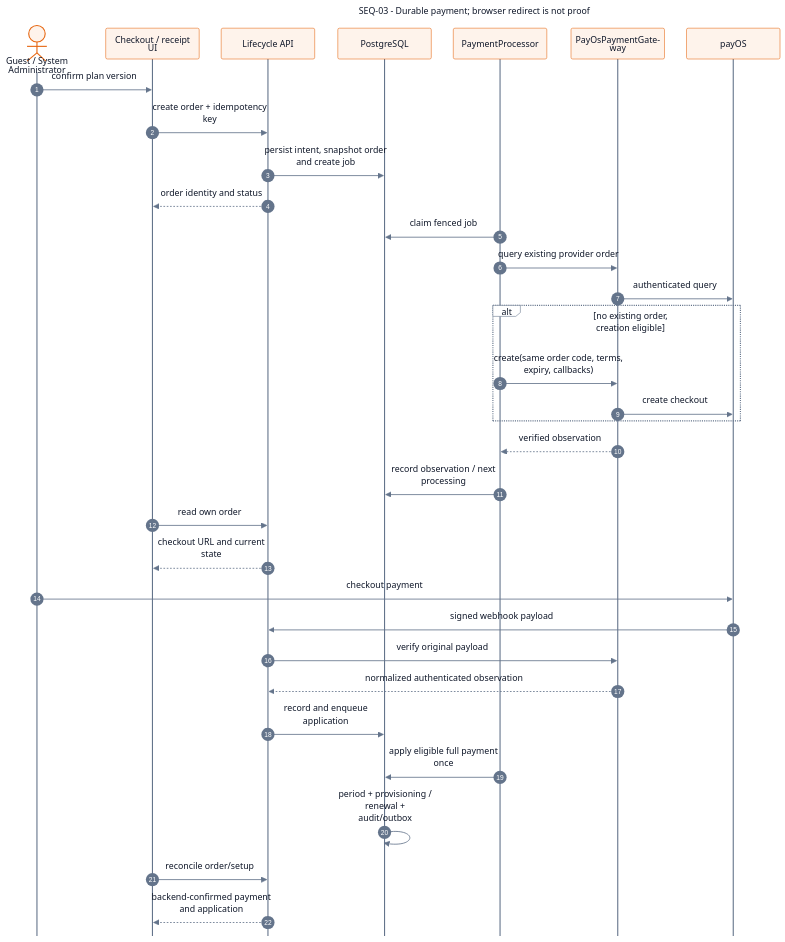
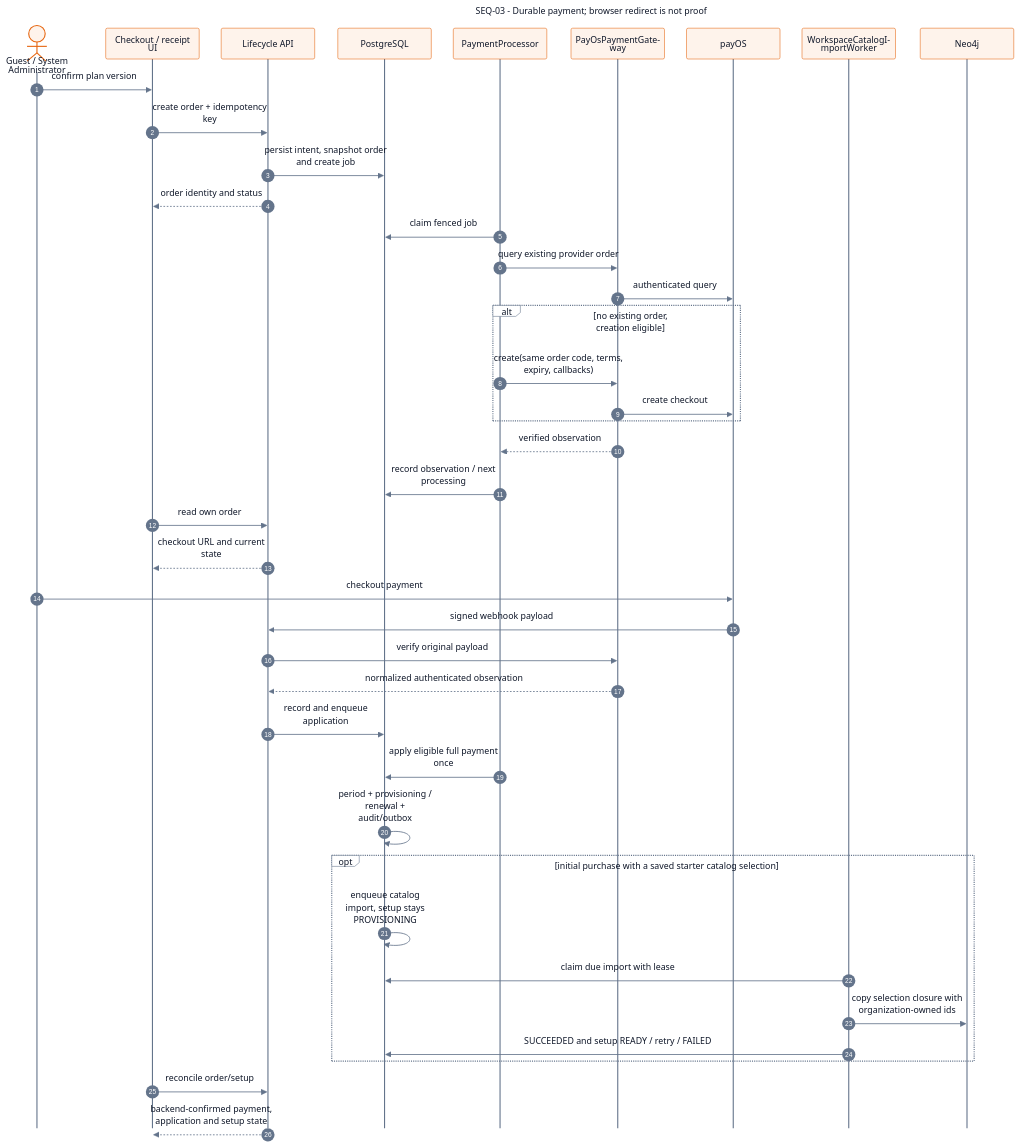
The diagram in documents/diagrams/mermaid/seq-03.mmd (SEP490-Fall-2026-GFA26SE64/SEP490), drawn with Mermaid before and after one commit. The commit also changed 63 other files, not shown here.

Commit message:
docs: update Review 2 reports and architecture diagrams

```diff
--- a/documents/diagrams/mermaid/seq-03.mmd
+++ b/documents/diagrams/mermaid/seq-03.mmd
@@ -1,37 +1,45 @@
 ---
 title: "SEQ-03 - Durable payment; browser redirect is not proof"
 config: {"theme":"base","fontFamily":"Segoe UI, Arial, sans-serif","themeVariables":{"fontFamily":"Segoe UI, Arial, sans-serif","fontSize":"16px","primaryColor":"#ffffff","primaryTextColor":"#0f1729","primaryBorderColor":"#64748b","secondaryColor":"#fef3eb","tertiaryColor":"#ffffff","lineColor":"#64748b","textColor":"#0f1729","mainBkg":"#ffffff","background":"#ffffff","clusterBkg":"#ffffff","clusterBorder":"#64748b","edgeLabelBackground":"#ffffff","titleColor":"#0f1729","noteBkgColor":"#fef3eb","noteTextColor":"#0f1729","noteBorderColor":"#e6650f","actorBkg":"#fef3eb","actorBorder":"#e6650f","actorTextColor":"#0f1729","actorLineColor":"#64748b","signalColor":"#64748b","signalTextColor":"#0f1729","labelBoxBkgColor":"#ffffff","labelBoxBorderColor":"#64748b","labelTextColor":"#0f1729","loopTextColor":"#0f1729","activationBkgColor":"#fef3eb","activationBorderColor":"#e6650f","sequenceNumberColor":"#ffffff","secondaryBorderColor":"#64748b","tertiaryBorderColor":"#64748b","secondaryTextColor":"#0f1729","tertiaryTextColor":"#0f1729"},"sequence":{"actorMargin":40,"width":170,"height":56,"diagramMarginX":24,"diagramMarginY":24,"boxMargin":12,"boxTextMargin":8,"noteMargin":16,"messageMargin":38,"mirrorActors":false,"wrap":true,"wrapPadding":12,"actorFontSize":15,"messageFontSize":14,"noteFontSize":14,"actorFontFamily":"Segoe UI, Arial, sans-serif","messageFontFamily":"Segoe UI, Arial, sans-serif","noteFontFamily":"Segoe UI, Arial, sans-serif"},"themeCSS":".actor-line { stroke-width: 1px; }"}
 ---
 sequenceDiagram
   autonumber
   actor SDD_SEQ_03_User as Guest / System Administrator
   participant SDD_SEQ_03_UI as Checkout / receipt UI
   participant SDD_SEQ_03_API as Lifecycle API
   participant SDD_SEQ_03_DB as PostgreSQL
   participant SDD_SEQ_03_Worker as PaymentProcessor
   participant SDD_SEQ_03_Adapter as PayOsPaymentGateway
   participant SDD_SEQ_03_Provider as payOS
+  participant SDD_SEQ_03_Import as WorkspaceCatalogImportWorker
+  participant SDD_SEQ_03_Graph as Neo4j
   SDD_SEQ_03_User->>SDD_SEQ_03_UI: confirm plan version
   SDD_SEQ_03_UI->>SDD_SEQ_03_API: create order + idempotency key
   SDD_SEQ_03_API->>SDD_SEQ_03_DB: persist intent, snapshot order and create job
   SDD_SEQ_03_API-->>SDD_SEQ_03_UI: order identity and status
   SDD_SEQ_03_Worker->>SDD_SEQ_03_DB: claim fenced job
   SDD_SEQ_03_Worker->>SDD_SEQ_03_Adapter: query existing provider order
   SDD_SEQ_03_Adapter->>SDD_SEQ_03_Provider: authenticated query
   alt no existing order, creation eligible
   SDD_SEQ_03_Worker->>SDD_SEQ_03_Adapter: create(same order code, terms, expiry, callbacks)
   SDD_SEQ_03_Adapter->>SDD_SEQ_03_Provider: create checkout
   end
   SDD_SEQ_03_Adapter-->>SDD_SEQ_03_Worker: verified observation
   SDD_SEQ_03_Worker->>SDD_SEQ_03_DB: record observation / next processing
   SDD_SEQ_03_UI->>SDD_SEQ_03_API: read own order
   SDD_SEQ_03_API-->>SDD_SEQ_03_UI: checkout URL and current state
   SDD_SEQ_03_User->>SDD_SEQ_03_Provider: checkout payment
   SDD_SEQ_03_Provider->>SDD_SEQ_03_API: signed webhook payload
   SDD_SEQ_03_API->>SDD_SEQ_03_Adapter: verify original payload
   SDD_SEQ_03_Adapter-->>SDD_SEQ_03_API: normalized authenticated observation
   SDD_SEQ_03_API->>SDD_SEQ_03_DB: record and enqueue application
   SDD_SEQ_03_Worker->>SDD_SEQ_03_DB: apply eligible full payment once
   SDD_SEQ_03_DB->>SDD_SEQ_03_DB: period + provisioning / renewal + audit/outbox
+  opt initial purchase with a saved starter catalog selection
+  SDD_SEQ_03_DB->>SDD_SEQ_03_DB: enqueue catalog import, setup stays PROVISIONING
+  SDD_SEQ_03_Import->>SDD_SEQ_03_DB: claim due import with lease
+  SDD_SEQ_03_Import->>SDD_SEQ_03_Graph: copy selection closure with organization-owned ids
+  SDD_SEQ_03_Import->>SDD_SEQ_03_DB: SUCCEEDED and setup READY / retry / FAILED
+  end
   SDD_SEQ_03_UI->>SDD_SEQ_03_API: reconcile order/setup
-  SDD_SEQ_03_API-->>SDD_SEQ_03_UI: backend-confirmed payment and application
+  SDD_SEQ_03_API-->>SDD_SEQ_03_UI: backend-confirmed payment, application and setup state
```
